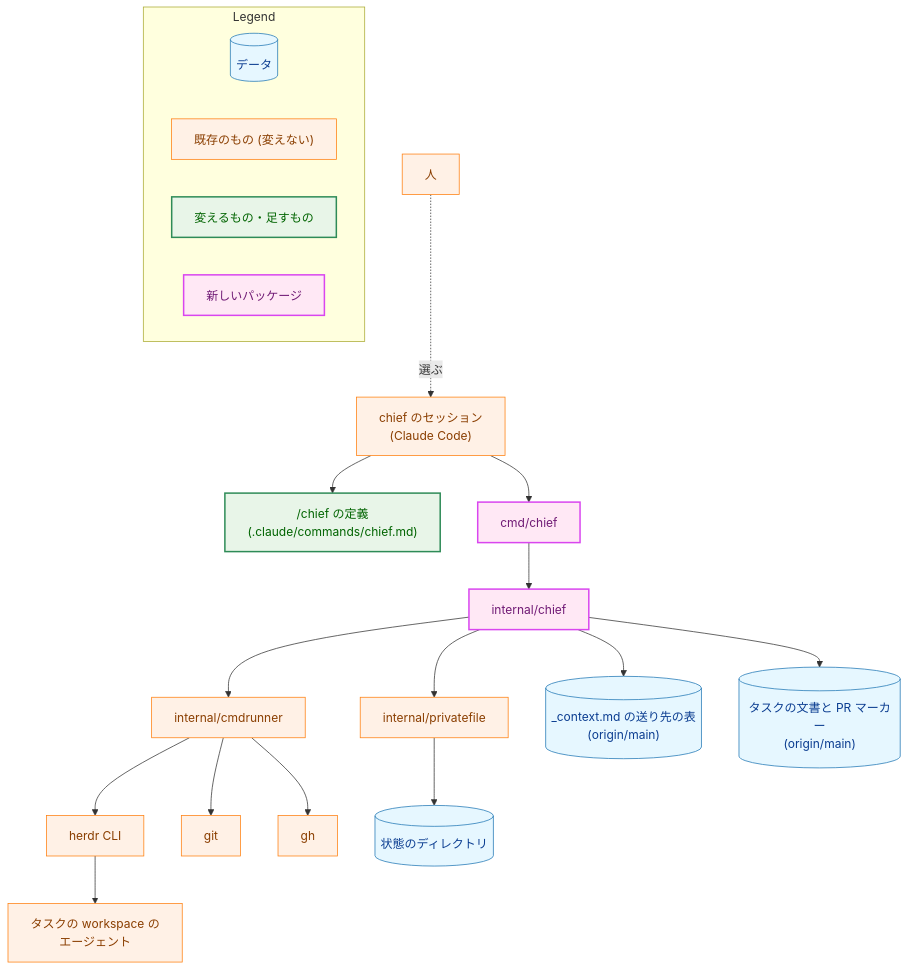
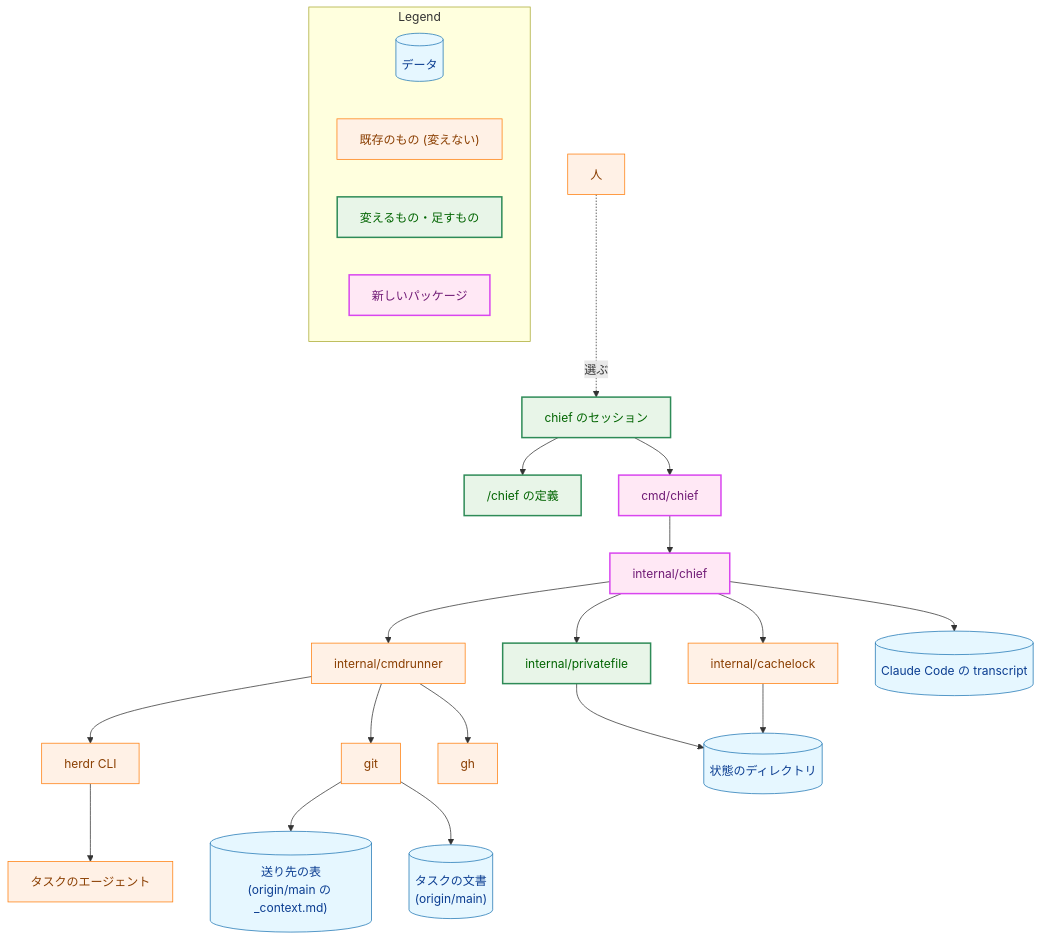
One commit to isseis/yt2column changed the second of 6 diagrams in docs/tasks/0088_chief_of_staff/02_architecture.md. Above: the diagram before and after it, drawn with Mermaid. The commit also changed other lines of this file and 2 other files, not shown here.

````diff
--- a/docs/tasks/0088_chief_of_staff/02_architecture.md
+++ b/docs/tasks/0088_chief_of_staff/02_architecture.md
@@ -110,52 +119,57 @@
 ```mermaid
 flowchart TB
     classDef data fill:#e6f7ff,stroke:#1f77b4,stroke-width:1px,color:#0b3d91;
     classDef process fill:#fff1e6,stroke:#ff7f0e,stroke-width:1px,color:#8a3e00;
     classDef enhanced fill:#e8f5e8,stroke:#2e8b57,stroke-width:2px,color:#006400;
     classDef newpkg fill:#ffe8f5,stroke:#d946ef,stroke-width:2px,color:#701a75;
 
     HUMAN["人"]
-    SESSION["chief のセッション<br>(Claude Code)"]
-    DEF["/chief の定義<br>(.claude/commands/chief.md)"]
+    SESSION["chief のセッション"]
+    DEF["/chief の定義"]
     CMD["cmd/chief"]
     CORE["internal/chief"]
     RUN["internal/cmdrunner"]
     PF["internal/privatefile"]
+    LOCK["internal/cachelock"]
     HERDR["herdr CLI"]
     GIT["git"]
     GH["gh"]
-    CTX[("_context.md の送り先の表<br>(origin/main)")]
-    PLAN[("タスクの文書と PR マーカー<br>(origin/main)")]
+    CTX[("送り先の表<br>(origin/main の _context.md)")]
+    PLAN[("タスクの文書<br>(origin/main)")]
+    TRANS[("Claude Code の transcript")]
     STATE[("状態のディレクトリ")]
-    TASKPANE["タスクの workspace の<br>エージェント"]
+    TASKPANE["タスクのエージェント"]
 
     HUMAN -.->|"選ぶ"| SESSION
     SESSION --> DEF
     SESSION --> CMD
     CMD --> CORE
     CORE --> RUN
     CORE --> PF
+    CORE --> LOCK
+    CORE --> TRANS
     RUN --> HERDR
     RUN --> GIT
     RUN --> GH
-    CORE --> CTX
-    CORE --> PLAN
+    GIT --> CTX
+    GIT --> PLAN
     PF --> STATE
+    LOCK --> STATE
     HERDR --> TASKPANE
 
-    class HUMAN,SESSION,RUN,PF,HERDR,GIT,GH,TASKPANE process
-    class DEF enhanced
+    class HUMAN,RUN,LOCK,HERDR,GIT,GH,TASKPANE process
+    class SESSION,DEF,PF enhanced
     class CMD,CORE newpkg
-    class CTX,PLAN,STATE data
+    class CTX,PLAN,TRANS,STATE data
 
     subgraph Legend["Legend"]
         L1[("データ")]
         L2["既存のもの (変えない)"]
         L3["変えるもの・足すもの"]
         L4["新しいパッケージ"]
     end
     class L1 data
     class L2 process
     class L3 enhanced
     class L4 newpkg
 ```
````
